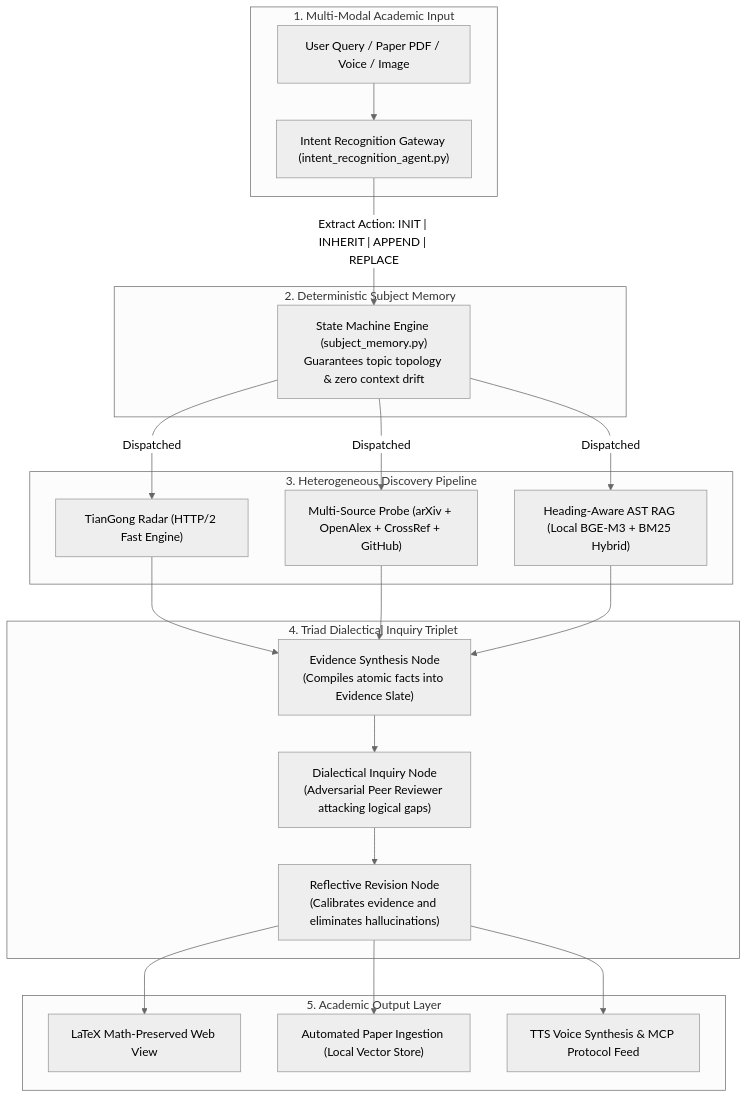
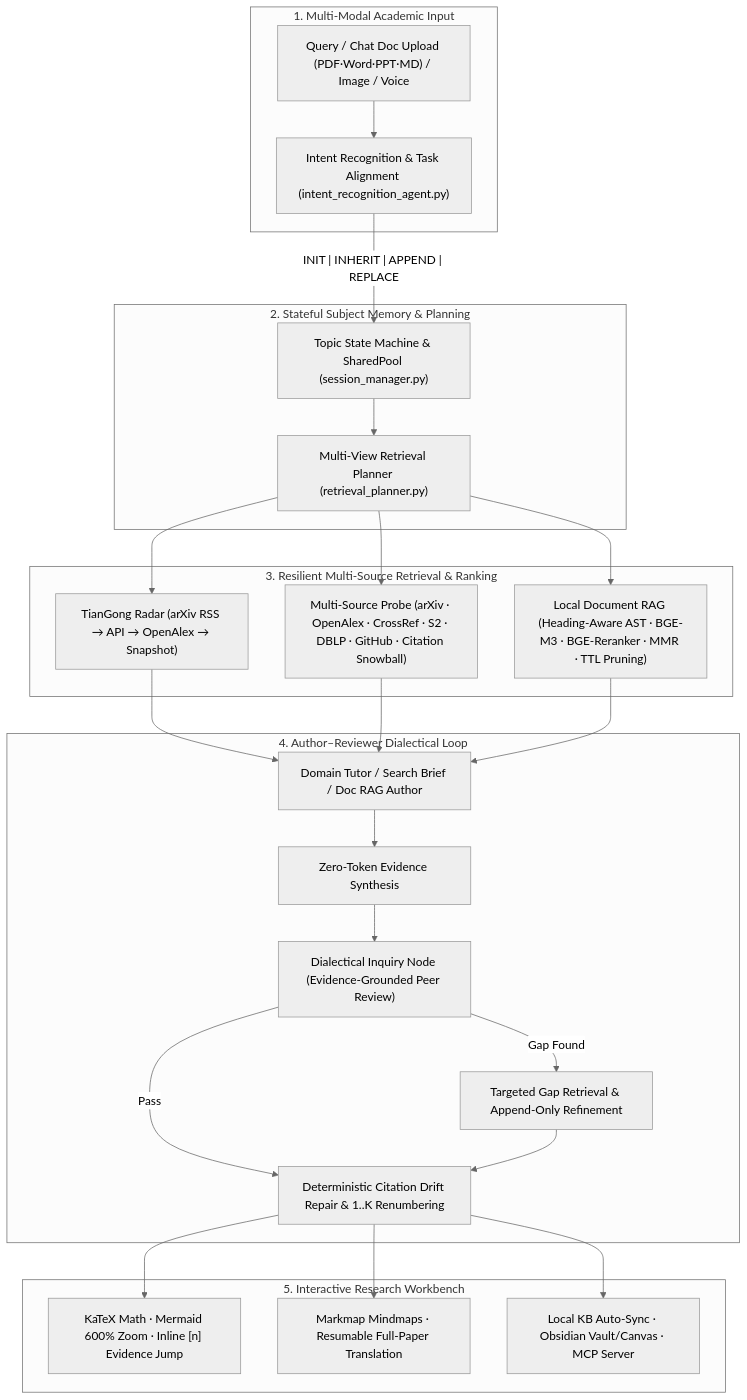
The diagram in README.md (cqf8635/tiangong-academic-agent), drawn with Mermaid (neutral theme) before and after one commit. The commit also changed other lines of this file and 3 other files, not shown here.

Commit message:
docs: update README with latest architecture highlights and add compressed demo video

````diff
--- a/README.md
+++ b/README.md
@@ -47,28 +57,32 @@
 ```mermaid
 flowchart TD
     subgraph Input["1. Multi-Modal Academic Input"]
-        Q["User Query / Paper PDF / Voice / Image"] --> Router["Intent Recognition Gateway (intent_recognition_agent.py)"]
+        Q["Query / Chat Doc Upload (PDF·Word·PPT·MD) / Image / Voice"] --> Router["Intent Recognition & Task Alignment (intent_recognition_agent.py)"]
     end
 
-    subgraph StateMachine["2. Deterministic Subject Memory"]
-        Router -->|"Extract Action: INIT | INHERIT | APPEND | REPLACE"| FSM["State Machine Engine (subject_memory.py)\nGuarantees topic topology & zero context drift"]
+    subgraph StateMachine["2. Stateful Subject Memory & Planning"]
+        Router -->|"INIT | INHERIT | APPEND | REPLACE"| FSM["Topic State Machine & SharedPool (session_manager.py)"]
+        FSM --> Planner["Multi-View Retrieval Planner (retrieval_planner.py)"]
     end
 
-    subgraph Retrieval["3. Heterogeneous Discovery Pipeline"]
-        FSM -->|"Dispatched"| R1["TianGong Radar (HTTP/2 Fast Engine)"]
-        FSM -->|"Dispatched"| R2["Multi-Source Probe (arXiv + OpenAlex + CrossRef + GitHub)"]
-        FSM -->|"Dispatched"| R3["Heading-Aware AST RAG (Local BGE-M3 + BM25 Hybrid)"]
+    subgraph Retrieval["3. Resilient Multi-Source Retrieval & Ranking"]
+        Planner --> R1["TianGong Radar (arXiv RSS → API → OpenAlex → Snapshot)"]
+        Planner --> R2["Multi-Source Probe (arXiv · OpenAlex · CrossRef · S2 · DBLP · GitHub · Citation Snowball)"]
+        Planner --> R3["Local Document RAG (Heading-Aware AST · BGE-M3 · BGE-Reranker · MMR · TTL Pruning)"]
     end
 
-    subgraph Dialectical["4. Triad Dialectical Inquiry Triplet"]
-        R1 & R2 & R3 --> Syn["Evidence Synthesis Node\n(Compiles atomic facts into Evidence Slate)"]
-        Syn --> Reviewer["Dialectical Inquiry Node\n(Adversarial Peer Reviewer attacking logical gaps)"]
-        Reviewer --> Reflector["Reflective Revision Node\n(Calibrates evidence and eliminates hallucinations)"]
+    subgraph Dialectical["4. Author–Reviewer Dialectical Loop"]
+        R1 & R2 & R3 --> Author["Domain Tutor / Search Brief / Doc RAG Author"]
+        Author --> Syn["Zero-Token Evidence Synthesis"]
+        Syn --> Reviewer["Dialectical Inquiry Node (Evidence-Grounded Peer Review)"]
+        Reviewer -->|"Gap Found"| Gap["Targeted Gap Retrieval & Append-Only Refinement"]
+        Reviewer -->|"Pass"| Post["Deterministic Citation Drift Repair & 1..K Renumbering"]
+        Gap --> Post
     end
 
-    subgraph Output["5. Academic Output Layer"]
-        Reflector --> Out1["LaTeX Math-Preserved Web View"]
-        Reflector --> Out2["Automated Paper Ingestion (Local Vector Store)"]
-        Reflector --> Out3["TTS Voice Synthesis & MCP Protocol Feed"]
+    subgraph Output["5. Interactive Research Workbench"]
+        Post --> Out1["KaTeX Math · Mermaid 600% Zoom · Inline [n] Evidence Jump"]
+        Post --> Out2["Markmap Mindmaps · Resumable Full-Paper Translation"]
+        Post --> Out3["Local KB Auto-Sync · Obsidian Vault/Canvas · MCP Server"]
     end
 ```
````
